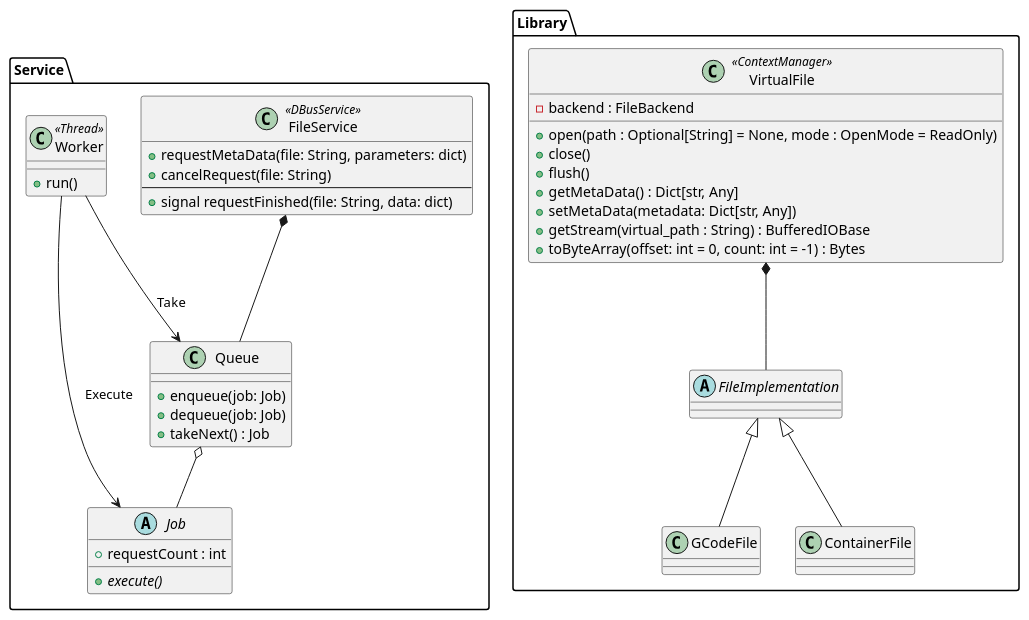
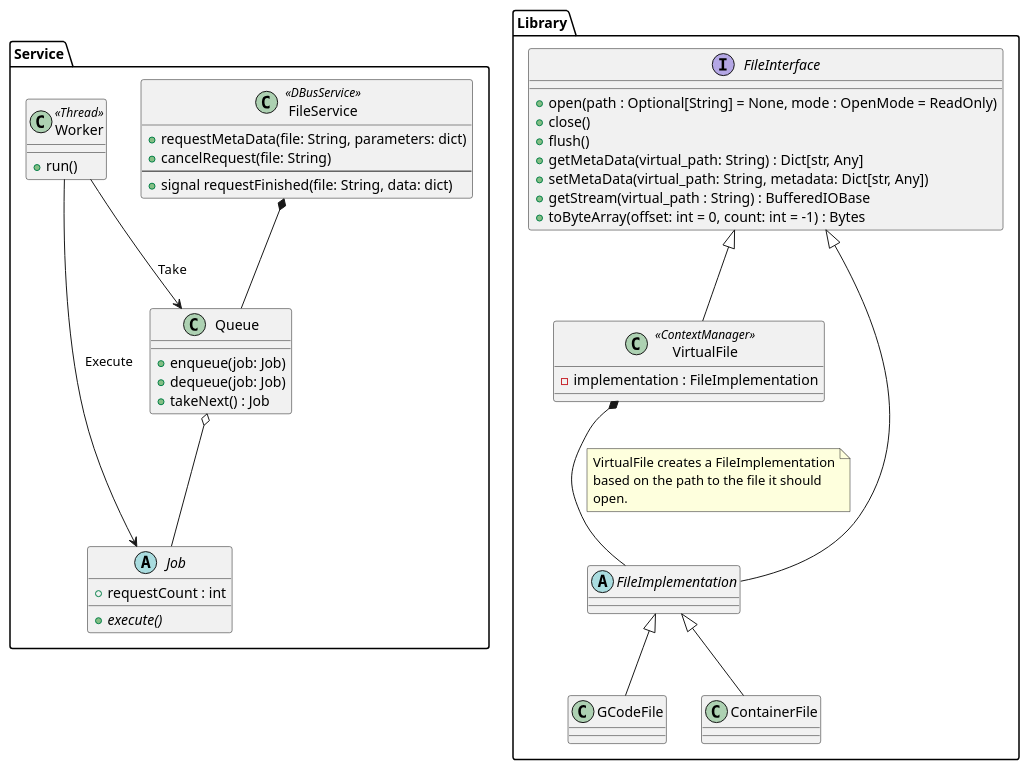
Before and after one commit to Ultimaker/libCharon: the diagram in docs/class_diagram.plantuml, drawn with PlantUML. The commit also changed 1 other file, not shown here.

Commit message:
Update class diagram for library

```diff
--- a/docs/class_diagram.plantuml
+++ b/docs/class_diagram.plantuml
@@ -1,57 +1,67 @@
 @startuml
 
 package Service {
     class FileService << DBusService >> {
         +requestMetaData(file: String, parameters: dict)
         +cancelRequest(file: String)
         ---
         +signal requestFinished(file: String, data: dict)
     }
 
     class Queue {
         +enqueue(job: Job)
         +dequeue(job: Job)
         +takeNext() : Job
     }
 
     class Worker << Thread >> {
         +run()
     }
 
     abstract class Job {
         {abstract} +execute()
         +requestCount : int
     }
 
     FileService *-- Queue
 
     Queue o-- Job
 
     Worker --> Queue : Take
     Worker --> Job : Execute
 }
 
 package Library {
 
-    class VirtualFile << ContextManager >> {
+    interface FileInterface {
         +open(path : Optional[String] = None, mode : OpenMode = ReadOnly)
         +close()
         +flush()
-        +getMetaData() : Dict[str, Any]
-        +setMetaData(metadata: Dict[str, Any])
+        +getMetaData(virtual_path: String) : Dict[str, Any]
+        +setMetaData(virtual_path: String, metadata: Dict[str, Any])
         +getStream(virtual_path : String) : BufferedIOBase
         +toByteArray(offset: int = 0, count: int = -1) : Bytes
+    }
 
-        -backend : FileBackend
+    class VirtualFile << ContextManager >> {
+        -implementation : FileImplementation
     }
 
     abstract class FileImplementation {
     }
 
+    FileInterface <|-- VirtualFile
+    FileInterface <|-- FileImplementation
+
     VirtualFile *-- FileImplementation
+    note on link
+        VirtualFile creates a FileImplementation
+        based on the path to the file it should
+        open.
+    end note
 
     FileImplementation <|-- GCodeFile
     FileImplementation <|-- ContainerFile
 }
 
 @enduml
```
